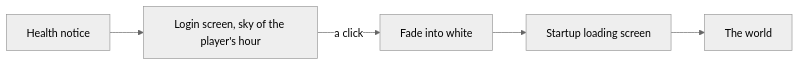
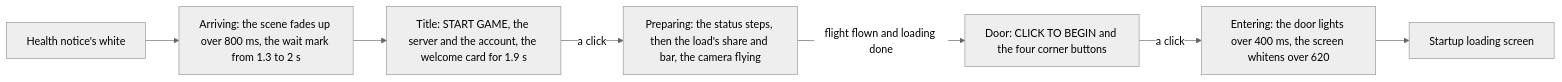
The first of 2 diagrams in apps/web/content/docs/genshin/login-screen.md (Esposter/Esposter), drawn with Mermaid (neutral theme) before and after one commit. The commit also changed other lines of this file and 195 other files, not shown here.

````diff
--- a/apps/web/content/docs/genshin/login-screen.md
+++ b/apps/web/content/docs/genshin/login-screen.md
@@ -12,7 +12,9 @@
 ```mermaid
 flowchart LR
-  N[Health notice] --> L[Login screen, sky of the player's hour]
-  L -->|a click| W[Fade into white]
-  W --> S[Startup loading screen]
-  S --> G[The world]
+  N[Health notice's white] --> A[Arriving: the scene fades up over 800 ms, the wait mark from 1.3 to 2 s]
+  A --> T[Title: START GAME, the server and the account, the welcome card for 1.9 s]
+  T -->|a click| P[Preparing: the status steps, then the load's share and bar, the camera flying]
+  P -->|"flight flown and loading done"| D[Door: CLICK TO BEGIN and the four corner buttons]
+  D -->|a click| E[Entering: the door lights over 400 ms, the screen whitens over 620]
+  E --> S[Startup loading screen]
 ```
````
